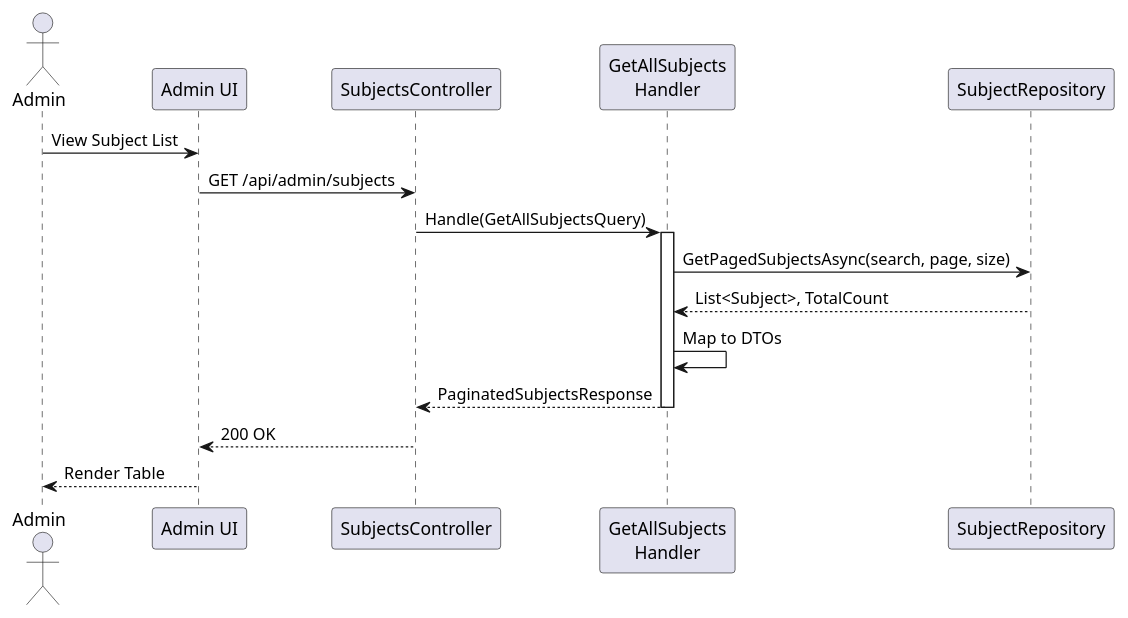
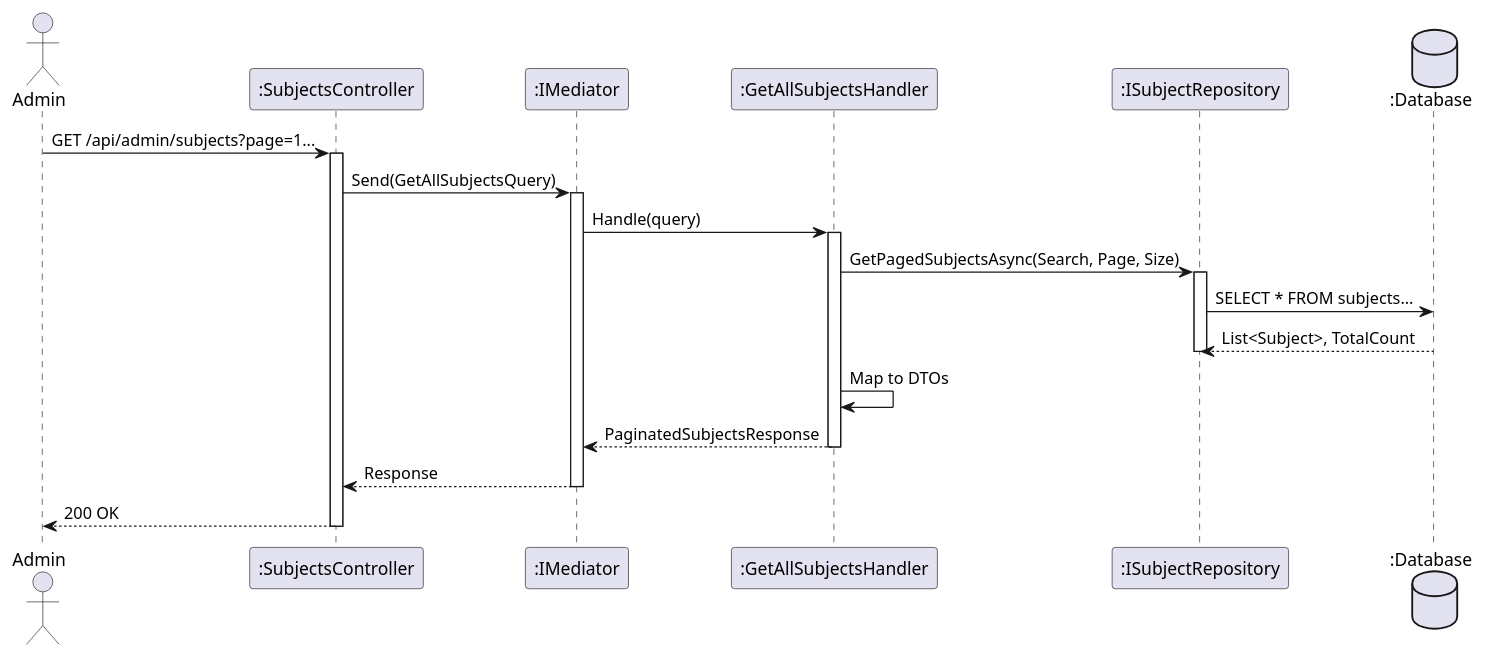
The diagram in docs/srs/diagrams/sequence-diagram/admin-content-subject/get-all-subjects-seq.puml (FA25SE050-RogueLearn/RogueLearn.BMAD.Documentation), drawn with PlantUML before and after one commit. The commit also changed other lines of this file and 21 other files, not shown here.

```diff
--- a/docs/srs/diagrams/sequence-diagram/admin-content-subject/get-all-subjects-seq.puml
+++ b/docs/srs/diagrams/sequence-diagram/admin-content-subject/get-all-subjects-seq.puml
@@ -2,22 +1,34 @@
 @startuml
 actor Admin
-participant "Admin UI" as UI
-participant "SubjectsController" as Controller
-participant "GetAllSubjects\nHandler" as Handler
-participant "SubjectRepository" as DB
+participant ":SubjectsController" as Controller
+participant ":IMediator" as Med
+participant ":GetAllSubjectsHandler" as Handler
+participant ":ISubjectRepository" as Repo
+database ":Database" as DB
 
-Admin -> UI : View Subject List
-UI -> Controller : GET /api/admin/subjects
-Controller -> Handler : Handle(GetAllSubjectsQuery)
+Admin -> Controller : GET /api/admin/subjects?page=1...
+activate Controller
 
+Controller -> Med : Send(GetAllSubjectsQuery)
+activate Med
+
+Med -> Handler : Handle(query)
 activate Handler
-    Handler -> DB : GetPagedSubjectsAsync(search, page, size)
-    DB --> Handler : List<Subject>, TotalCount
-    
-    Handler -> Handler : Map to DTOs
-    Handler --> Controller : PaginatedSubjectsResponse
+
+Handler -> Repo : GetPagedSubjectsAsync(Search, Page, Size)
+activate Repo
+Repo -> DB : SELECT * FROM subjects...
+DB --> Repo : List<Subject>, TotalCount
+deactivate Repo
+
+Handler -> Handler : Map to DTOs
+
+Handler --> Med : PaginatedSubjectsResponse
 deactivate Handler
 
-Controller --> UI : 200 OK
-UI --> Admin : Render Table
+Med --> Controller : Response
+deactivate Med
+
+Controller --> Admin : 200 OK
+deactivate Controller
 @enduml
```
